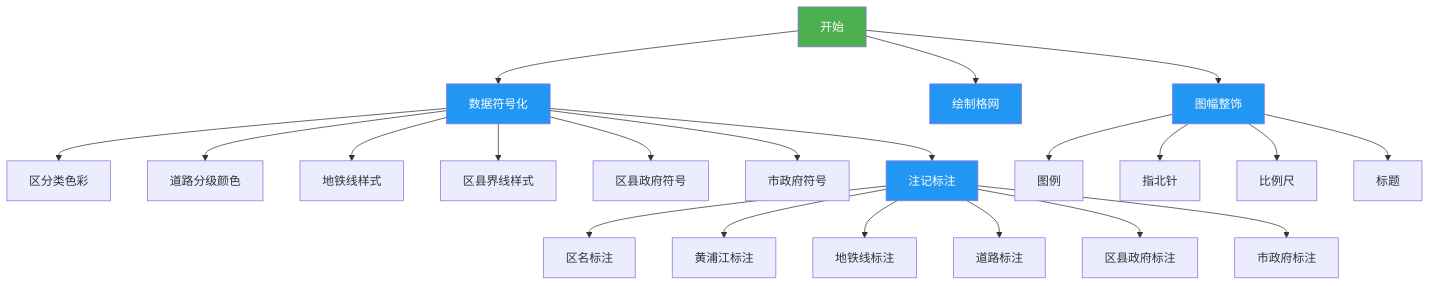
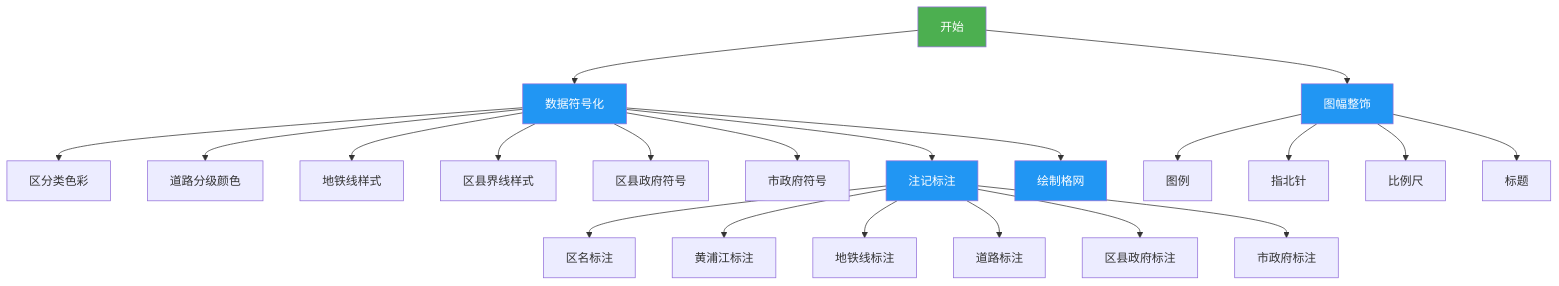
The diagram in all/未命名.md (newguser/iodraw-files), drawn with Mermaid before and after one commit.

Commit message:
2025-02-27 10:43:36 update

````diff
--- a/all/未命名.md
+++ b/all/未命名.md
@@ -1,30 +1,30 @@
 ```mermaid
 graph TD
     A[开始] --> B[数据符号化]
     B --> B1[区分类色彩]
     B --> B2[道路分级颜色]
     B --> B3[地铁线样式]
     B --> B4[区县界线样式]
     B --> B5[区县政府符号]
     B --> B6[市政府符号]
 
     B --> C[注记标注]
     C --> C1[区名标注]
     C --> C2[黄浦江标注]
     C --> C3[地铁线标注]
     C --> C4[道路标注]
     C --> C5[区县政府标注]
     C --> C6[市政府标注]
 
-    A --> D[绘制格网]
+    B --> D[绘制格网]
     A --> E[图幅整饰]
     E --> E1[图例]
     E --> E2[指北针]
     E --> E3[比例尺]
     E --> E4[标题]
 
 
     style A fill:#4CAF50,color:white
     classDef process fill:#2196F3,color:white;
     class B,C,D,E process
 ```
````
